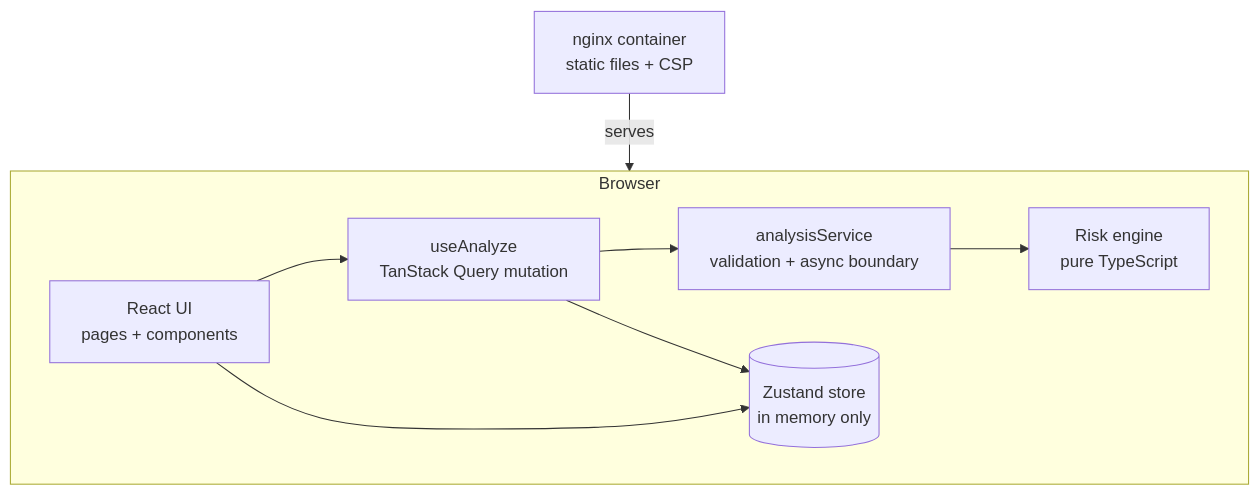
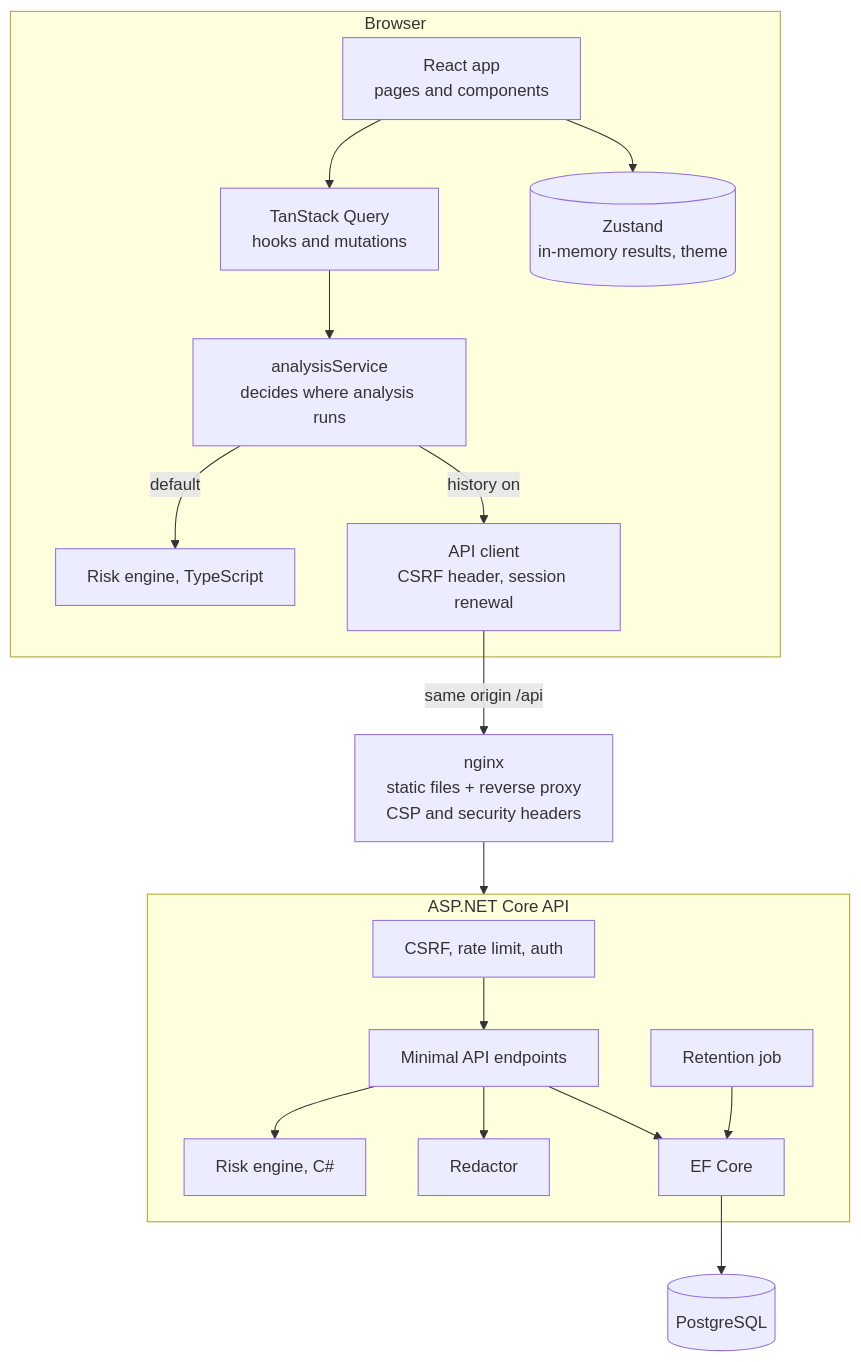
One commit to bilgee777/trustguard changed the diagram in docs/architecture.md. Above: the diagram before and after it, drawn with Mermaid. The commit also changed other lines of this file and 19 other files, not shown here.

````diff
--- a/docs/architecture.md
+++ b/docs/architecture.md
@@ -5,11 +5,20 @@
 ```mermaid
 flowchart TB
   subgraph Browser
-    UI[React UI<br/>pages + components] --> Hook[useAnalyze<br/>TanStack Query mutation]
-    Hook --> Service[analysisService<br/>validation + async boundary]
-    Service --> Engine[Risk engine<br/>pure TypeScript]
-    Hook --> Store[(Zustand store<br/>in memory only)]
-    UI --> Store
+    UI[React app<br/>pages and components] --> Hooks[TanStack Query<br/>hooks and mutations]
+    Hooks --> Service[analysisService<br/>decides where analysis runs]
+    Service -->|default| EngineTS[Risk engine, TypeScript]
+    Service -->|history on| Client[API client<br/>CSRF header, session renewal]
+    UI --> Stores[(Zustand<br/>in-memory results, theme)]
   end
-  Nginx[nginx container<br/>static files + CSP] -->|serves| Browser
+  Client -->|"same origin /api"| Nginx[nginx<br/>static files + reverse proxy<br/>CSP and security headers]
+  Nginx --> API
+  subgraph API[ASP.NET Core API]
+    MW[CSRF, rate limit, auth] --> Endpoints[Minimal API endpoints]
+    Endpoints --> EngineCS[Risk engine, C#]
+    Endpoints --> Redactor
+    Endpoints --> EF[EF Core]
+    Jobs[Retention job] --> EF
+  end
+  EF --> DB[(PostgreSQL)]
 ```
````
